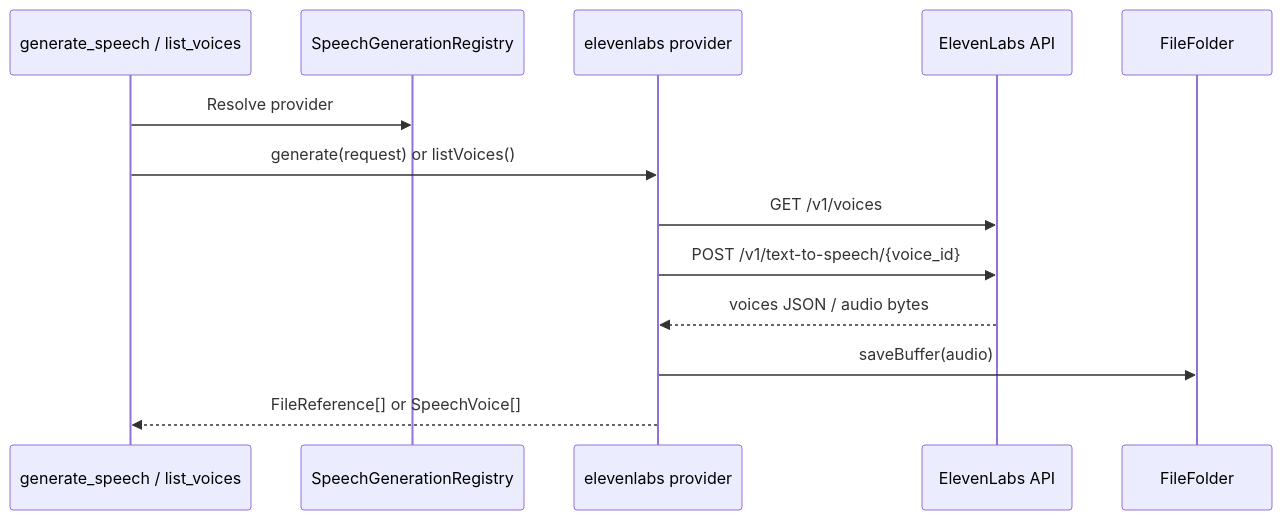
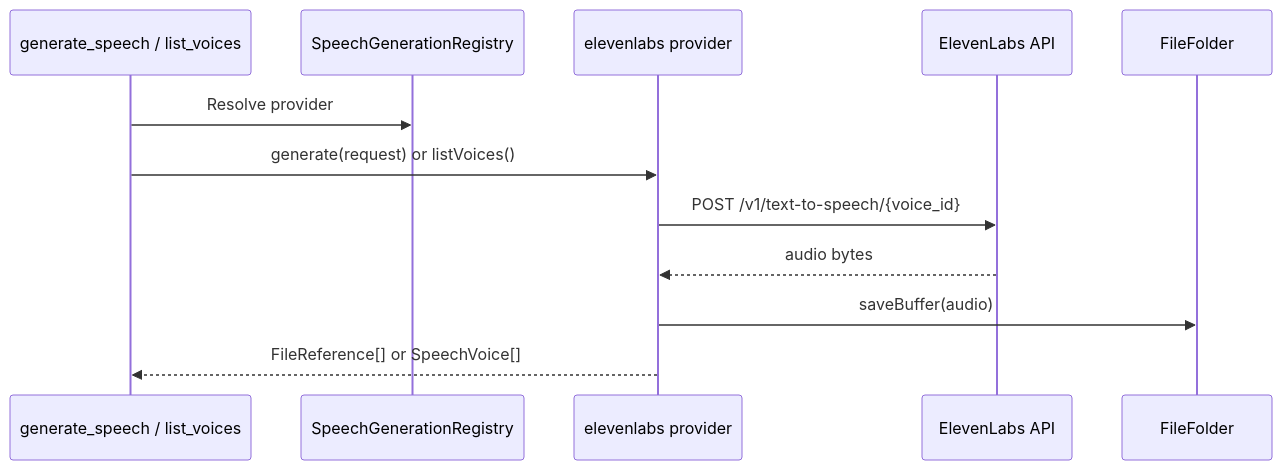
Before and after one commit to ex3ndr/daycare: the diagram in packages/daycare/sources/plugins/elevenlabs/README.md, drawn with Mermaid. The commit also changed other lines of this file and 49 other files, not shown here.

````diff
--- a/packages/daycare/sources/plugins/elevenlabs/README.md
+++ b/packages/daycare/sources/plugins/elevenlabs/README.md
@@ -27,16 +30,15 @@
 ```mermaid
 sequenceDiagram
     participant Tool as generate_speech / list_voices
     participant Registry as SpeechGenerationRegistry
     participant Plugin as elevenlabs provider
     participant API as ElevenLabs API
     participant FS as FileFolder
 
     Tool->>Registry: Resolve provider
     Tool->>Plugin: generate(request) or listVoices()
-    Plugin->>API: GET /v1/voices
     Plugin->>API: POST /v1/text-to-speech/{voice_id}
-    API-->>Plugin: voices JSON / audio bytes
+    API-->>Plugin: audio bytes
     Plugin->>FS: saveBuffer(audio)
     Plugin-->>Tool: FileReference[] or SpeechVoice[]
 ```
````
